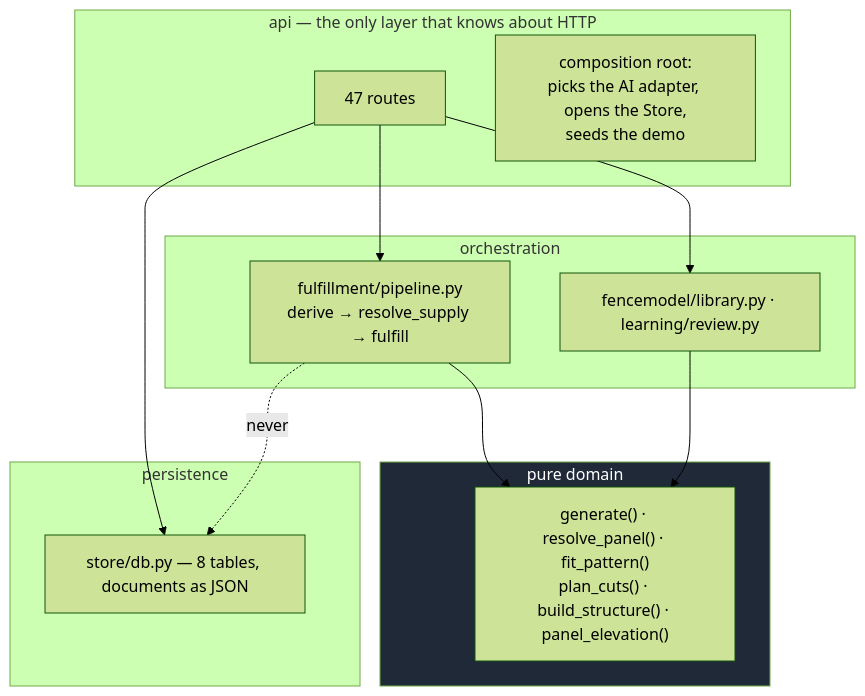
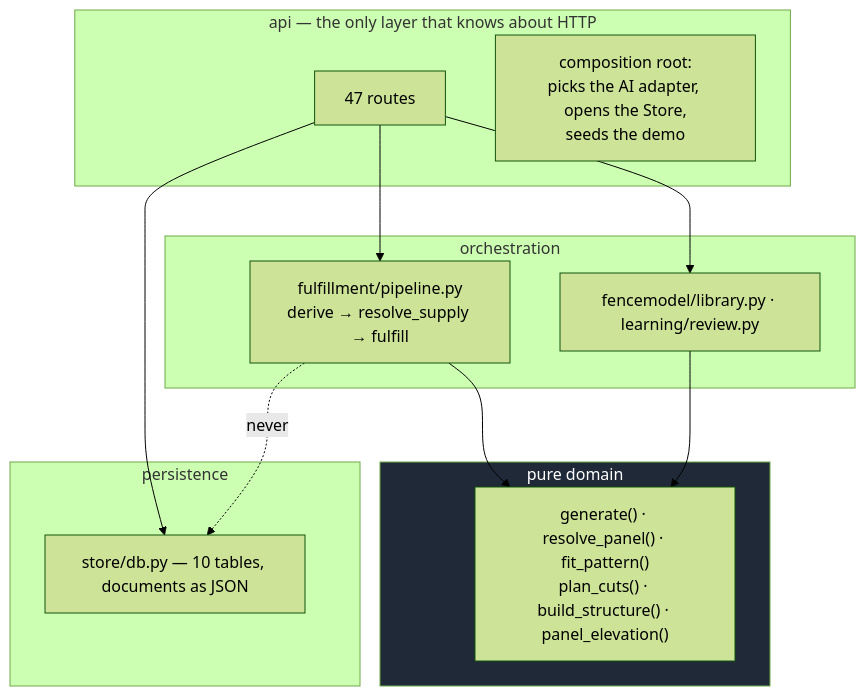
The diagram in docs/architecture/04-backend.md (spicysauce1955-stack/BOM), drawn with Mermaid (forest theme) before and after one commit. The commit also changed other lines of this file and 2 other files, not shown here.

````diff
--- a/docs/architecture/04-backend.md
+++ b/docs/architecture/04-backend.md
@@ -10,26 +10,26 @@
 ```mermaid
 flowchart TB
     subgraph L1["api — the only layer that knows about HTTP"]
         R["47 routes"]
         CR["composition root:<br/>picks the AI adapter, opens the Store,<br/>seeds the demo"]
     end
     subgraph L2["orchestration"]
         PI["fulfillment/pipeline.py<br/>derive → resolve_supply → fulfill"]
         LI["fencemodel/library.py · learning/review.py"]
     end
     subgraph L3["pure domain"]
         PD["generate() · resolve_panel() · fit_pattern()<br/>plan_cuts() · build_structure() · panel_elevation()"]
     end
     subgraph L4["persistence"]
-        ST["store/db.py — 8 tables, documents as JSON"]
+        ST["store/db.py — 10 tables, documents as JSON"]
     end
 
     R --> PI
     R --> LI
     PI --> PD
     LI --> PD
     R --> ST
     PI -.->|"never"| ST
 
     style L3 fill:#1f2937,color:#fff
 ```
````
